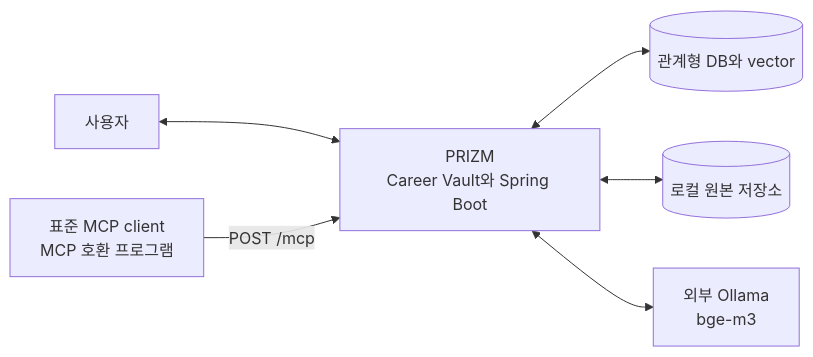
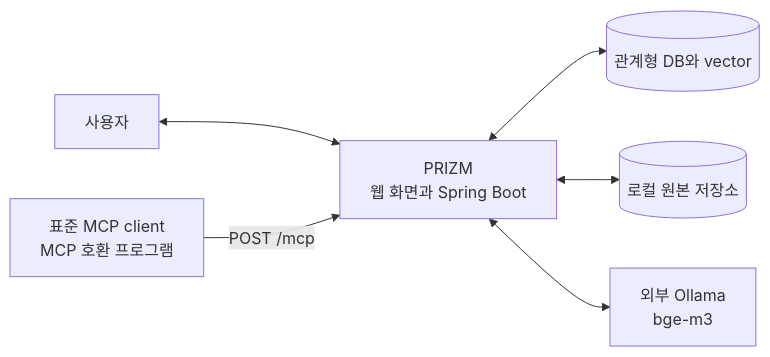
Before and after one commit to jaemin-devlog/PRIZM: the first of 8 diagrams in docs/architecture.md, drawn with Mermaid. The commit also changed other lines of this file and 10 other files, not shown here.

````diff
--- a/docs/architecture.md
+++ b/docs/architecture.md
@@ -50,15 +50,15 @@
 ```mermaid
 flowchart LR
     U["사용자"]
     M["표준 MCP client<br/>MCP 호환 프로그램"]
-    P["PRIZM<br/>Career Vault와 Spring Boot"]
+    P["PRIZM<br/>웹 화면과 Spring Boot"]
     DB[("관계형 DB와 vector")]
     FS[("로컬 원본 저장소")]
     O["외부 Ollama<br/>bge-m3"]
 
     U <--> P
     M -->|"POST /mcp"| P
     P <--> DB
     P <--> FS
     P <--> O
 ```
````
